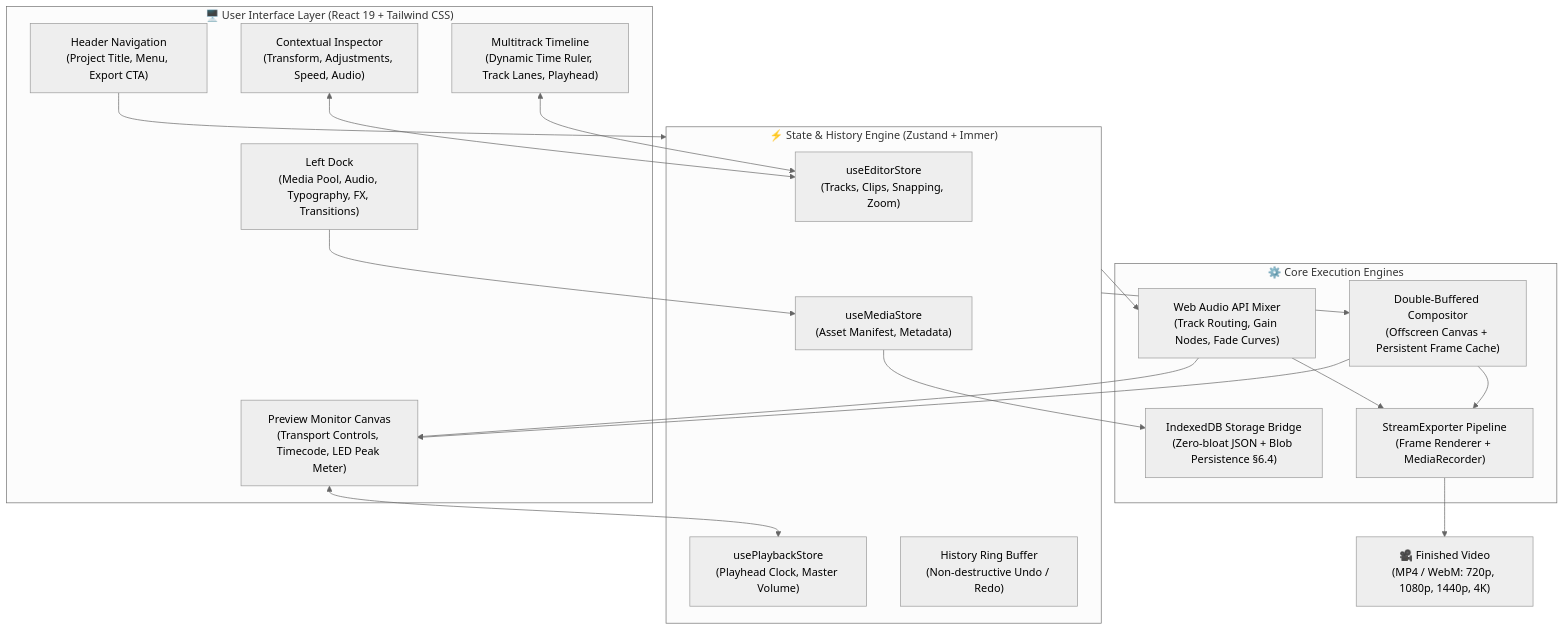
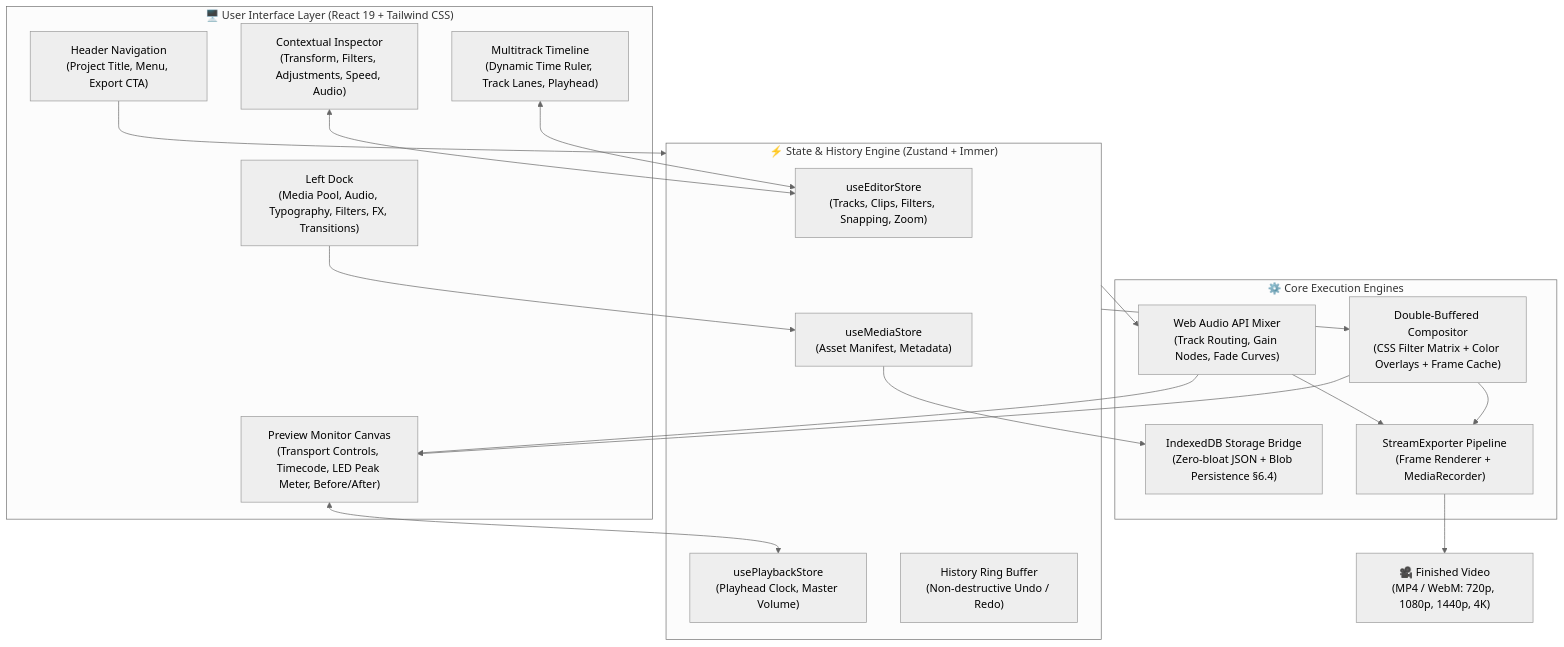
One commit to ritikshinde13/Apex-Editor changed the diagram in README.md. Above: the diagram before and after it, drawn with Mermaid (neutral theme). The commit also changed other lines of this file and 16 other files, not shown here.

Commit message:
feat: add professional video filter system with 36 presets, intensity scaling, and before/after preview

````diff
--- a/README.md
+++ b/README.md
@@ -24,40 +24,40 @@
 ```mermaid
 flowchart TD
     subgraph UI_Layer ["🖥️ User Interface Layer (React 19 + Tailwind CSS)"]
         TopNav["Header Navigation\n(Project Title, Menu, Export CTA)"]
-        LeftDock["Left Dock\n(Media Pool, Audio, Typography, FX, Transitions)"]
-        Monitor["Preview Monitor Canvas\n(Transport Controls, Timecode, LED Peak Meter)"]
-        Inspector["Contextual Inspector\n(Transform, Adjustments, Speed, Audio)"]
+        LeftDock["Left Dock\n(Media Pool, Audio, Typography, Filters, FX, Transitions)"]
+        Monitor["Preview Monitor Canvas\n(Transport Controls, Timecode, LED Peak Meter, Before/After)"]
+        Inspector["Contextual Inspector\n(Transform, Filters, Adjustments, Speed, Audio)"]
         TimelineUI["Multitrack Timeline\n(Dynamic Time Ruler, Track Lanes, Playhead)"]
     end
 
     subgraph State_Engine ["⚡ State & History Engine (Zustand + Immer)"]
-        EditorStore["useEditorStore\n(Tracks, Clips, Snapping, Zoom)"]
+        EditorStore["useEditorStore\n(Tracks, Clips, Filters, Snapping, Zoom)"]
         MediaStore["useMediaStore\n(Asset Manifest, Metadata)"]
         PlaybackStore["usePlaybackStore\n(Playhead Clock, Master Volume)"]
         HistoryStack["History Ring Buffer\n(Non-destructive Undo / Redo)"]
     end
 
     subgraph Core_Engines ["⚙️ Core Execution Engines"]
-        Compositor["Double-Buffered Compositor\n(Offscreen Canvas + Persistent Frame Cache)"]
+        Compositor["Double-Buffered Compositor\n(CSS Filter Matrix + Color Overlays + Frame Cache)"]
         AudioMixer["Web Audio API Mixer\n(Track Routing, Gain Nodes, Fade Curves)"]
         StorageEngine["IndexedDB Storage Bridge\n(Zero-bloat JSON + Blob Persistence §6.4)"]
         ExportEngine["StreamExporter Pipeline\n(Frame Renderer + MediaRecorder)"]
     end
 
     TopNav --> State_Engine
     LeftDock --> MediaStore
     TimelineUI <--> EditorStore
     Inspector <--> EditorStore
     Monitor <--> PlaybackStore
 
     State_Engine --> Compositor
     State_Engine --> AudioMixer
     MediaStore --> StorageEngine
 
     Compositor --> Monitor
     AudioMixer --> Monitor
     Compositor --> ExportEngine
     AudioMixer --> ExportEngine
     ExportEngine --> OutputFile["🎥 Finished Video\n(MP4 / WebM: 720p, 1080p, 1440p, 4K)"]
 ```
````
